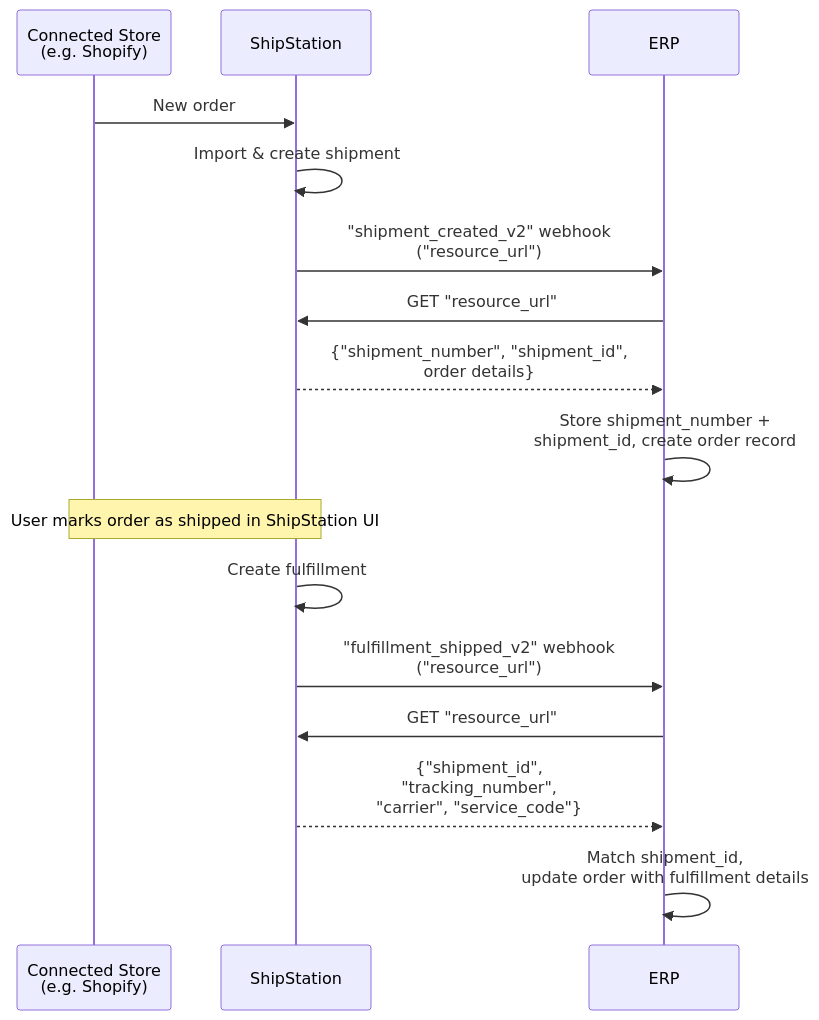
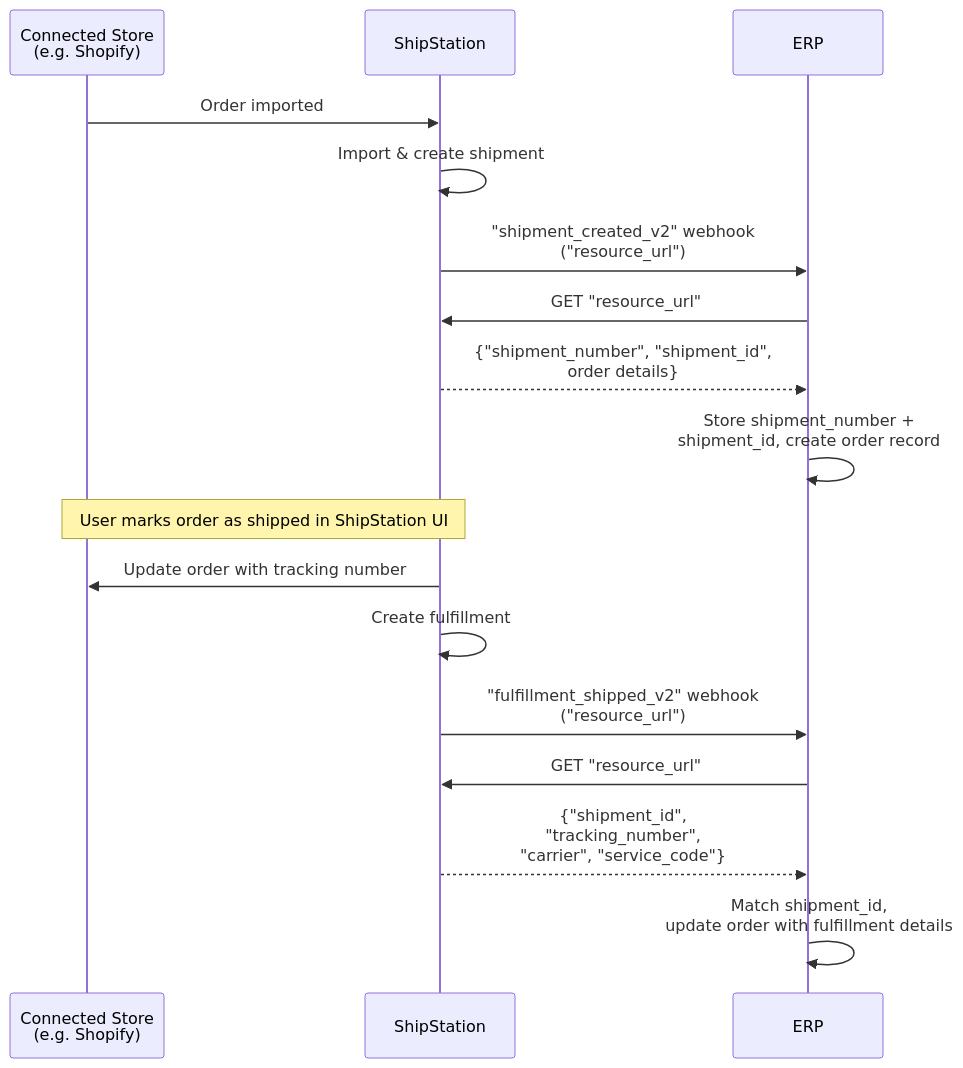
The diagram in patterns/erp/erp-sync-mark-as-shipped.md (pmcgee-personal/shipstation-integration-toolkit), drawn with Mermaid before and after one commit. The commit also changed 6 other files, not shown here.

````diff
--- a/patterns/erp/erp-sync-mark-as-shipped.md
+++ b/patterns/erp/erp-sync-mark-as-shipped.md
@@ -9,22 +9,23 @@
 ```mermaid
 sequenceDiagram
     participant Store as Connected Store<br/>(e.g. Shopify)
     participant SS as ShipStation
     participant ERP as ERP
 
-    Store->>SS: New order
+    Store->>SS: Order imported
     SS->>SS: Import & create shipment
 
     SS->>ERP: "shipment_created_v2" webhook<br/>("resource_url")
     ERP->>SS: GET "resource_url"
     SS-->>ERP: {"shipment_number", "shipment_id",<br/>order details}
     ERP->>ERP: Store shipment_number +<br/>shipment_id, create order record
 
     Note over SS,Store: User marks order as shipped in ShipStation UI
+    SS->>Store: Update order with tracking number
     SS->>SS: Create fulfillment
     SS->>ERP: "fulfillment_shipped_v2" webhook<br/>("resource_url")
 
     ERP->>SS: GET "resource_url"
     SS-->>ERP: {"shipment_id",<br/>"tracking_number",<br/>"carrier", "service_code"}
     ERP->>ERP: Match shipment_id,<br/>update order with fulfillment details
 ```
````
